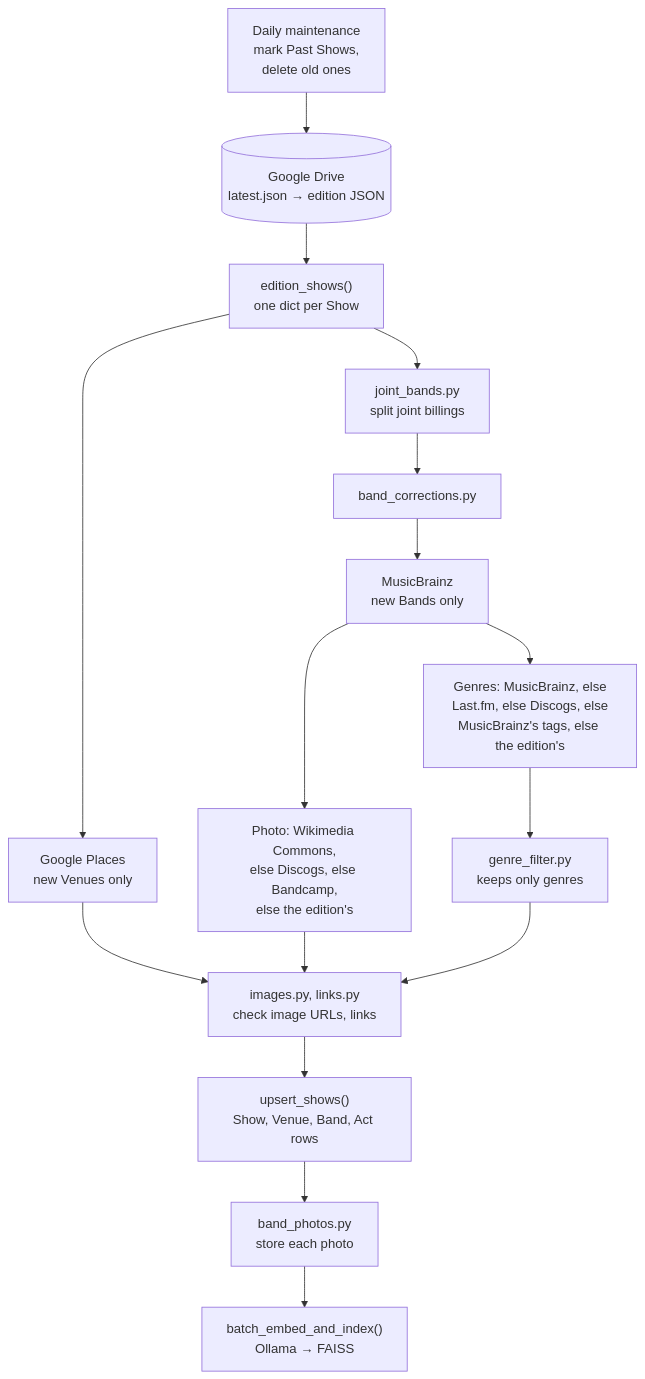
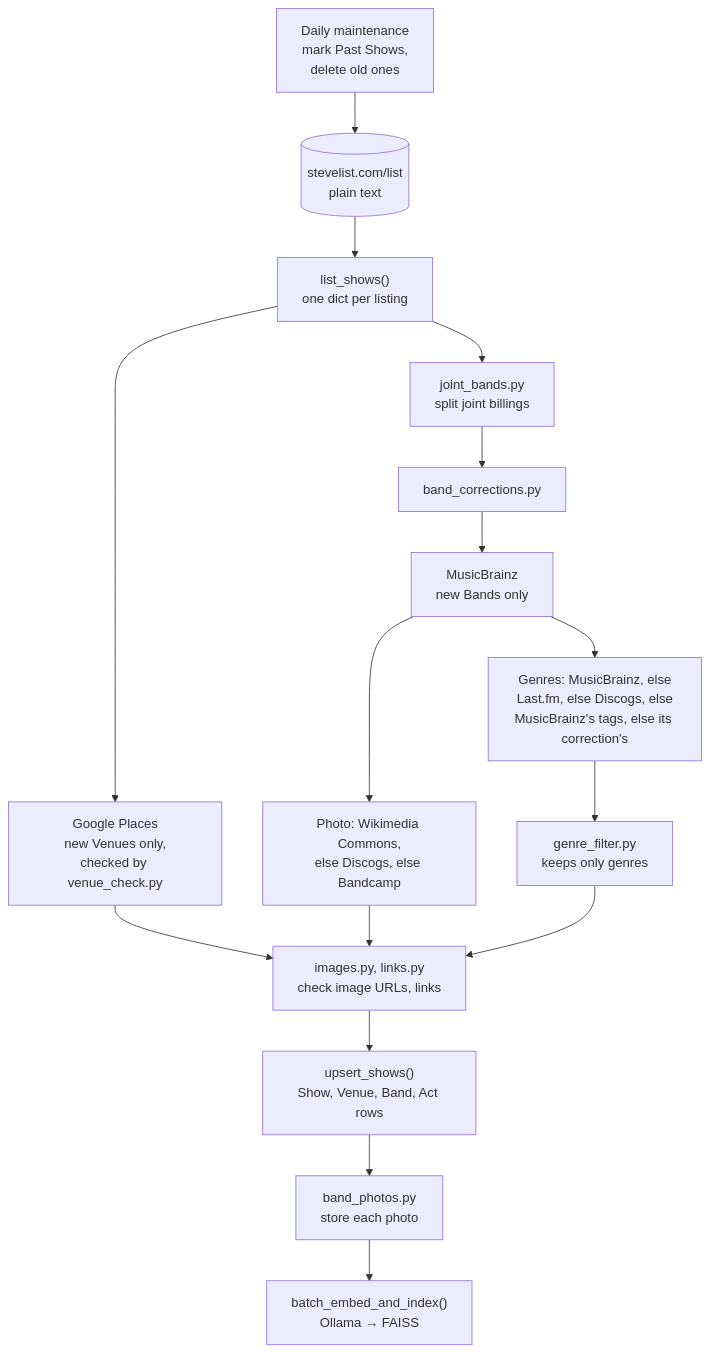
One commit to jsturgis/the_list changed the diagram in docs/guide/ingestion.md. Above: the diagram before and after it, drawn with Mermaid. The commit also changed other lines of this file and 77 other files, not shown here.

First line of the commit message:
Read the List from stevelist.com hourly; drop the email and Drive flow

````diff
--- a/docs/guide/ingestion.md
+++ b/docs/guide/ingestion.md
@@ -13,26 +13,26 @@
 ```mermaid
 flowchart TD
   accTitle: The ingest, step by step
-  accDescr: Daily maintenance, then the newest edition from Drive is mapped to Shows. New Venues are looked up on Google Places. Joint billings are split, Band corrections applied, and new Bands looked up on MusicBrainz, then for a photo on Wikimedia Commons, Discogs and Bandcamp, and for genres on Last.fm and Discogs, then MusicBrainz's free-form tags. Image URLs and links are checked; Shows, Venues, Bands and Acts are upserted; Band photos are stored; Shows and headliners are embedded and indexed in FAISS.
+  accDescr: Daily maintenance, then Steve's page is fetched and its listings parsed into Shows. New Venues are looked up on Google Places, and the result kept only when it's the listed Venue. Joint billings are split, Band corrections applied, and new Bands looked up on MusicBrainz, then for a photo on Wikimedia Commons, Discogs and Bandcamp, and for genres on Last.fm and Discogs, then MusicBrainz's free-form tags, then a correction's. Image URLs and links are checked; Shows, Venues, Bands and Acts are upserted; Band photos are stored; Shows and headliners are embedded and indexed in FAISS.
   maintenance["Daily maintenance<br/>mark Past Shows,<br/>delete old ones"]
-  drive[("Google Drive<br/>latest.json → edition JSON")]
-  map["edition_shows()<br/>one dict per Show"]
-  places["Google Places<br/>new Venues only"]
+  list[("stevelist.com/list<br/>plain text")]
+  map["list_shows()<br/>one dict per listing"]
+  places["Google Places<br/>new Venues only,<br/>checked by venue_check.py"]
   joint["joint_bands.py<br/>split joint billings"]
   corrections["band_corrections.py"]
   mb["MusicBrainz<br/>new Bands only"]
-  photo["Photo: Wikimedia Commons,<br/>else Discogs, else Bandcamp,<br/>else the edition's"]
-  genres["Genres: MusicBrainz, else<br/>Last.fm, else Discogs, else<br/>MusicBrainz's tags, else the edition's"]
+  photo["Photo: Wikimedia Commons,<br/>else Discogs, else Bandcamp"]
+  genres["Genres: MusicBrainz, else<br/>Last.fm, else Discogs, else<br/>MusicBrainz's tags, else its correction's"]
   filter["genre_filter.py<br/>keeps only genres"]
   checks["images.py, links.py<br/>check image URLs, links"]
   upsert["upsert_shows()<br/>Show, Venue, Band, Act rows"]
   photos["band_photos.py<br/>store each photo"]
   embed["batch_embed_and_index()<br/>Ollama → FAISS"]
-  maintenance --> drive --> map
+  maintenance --> list --> map
   map --> places & joint
   joint --> corrections --> mb
   mb --> photo & genres
   genres --> filter
   places & photo & filter --> checks
   checks --> upsert --> photos --> embed
 ```
````
